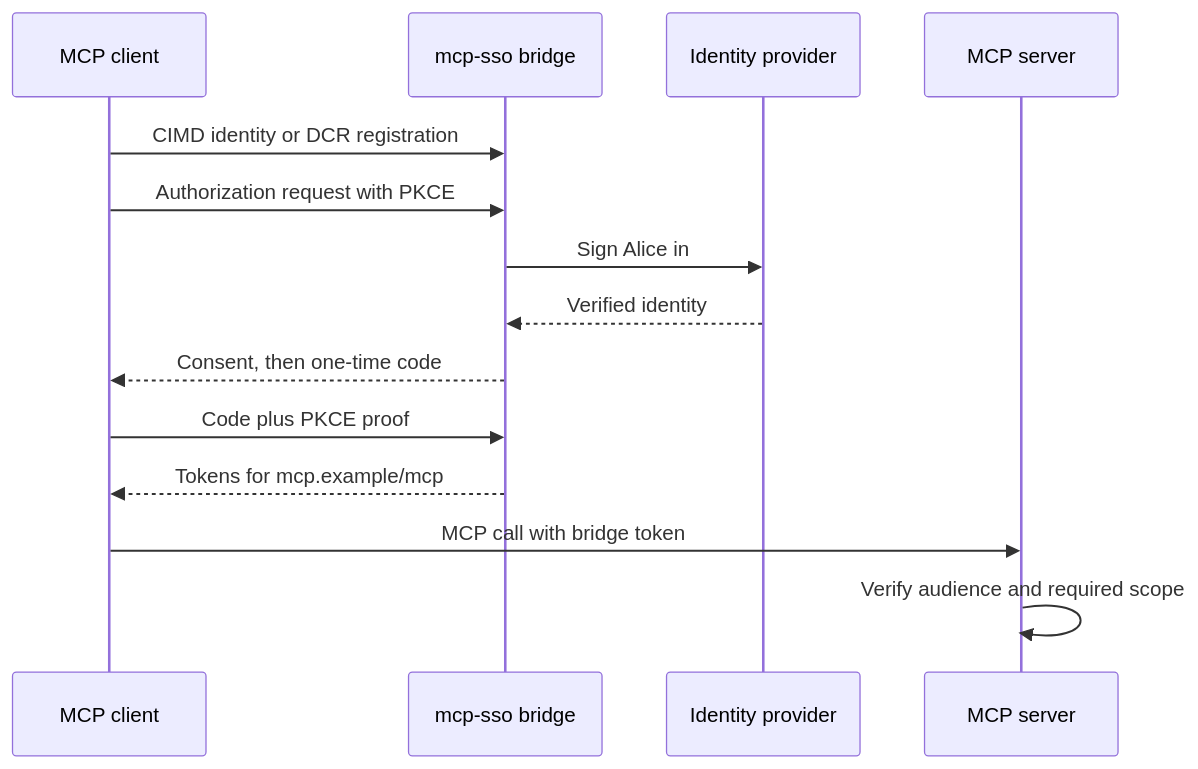
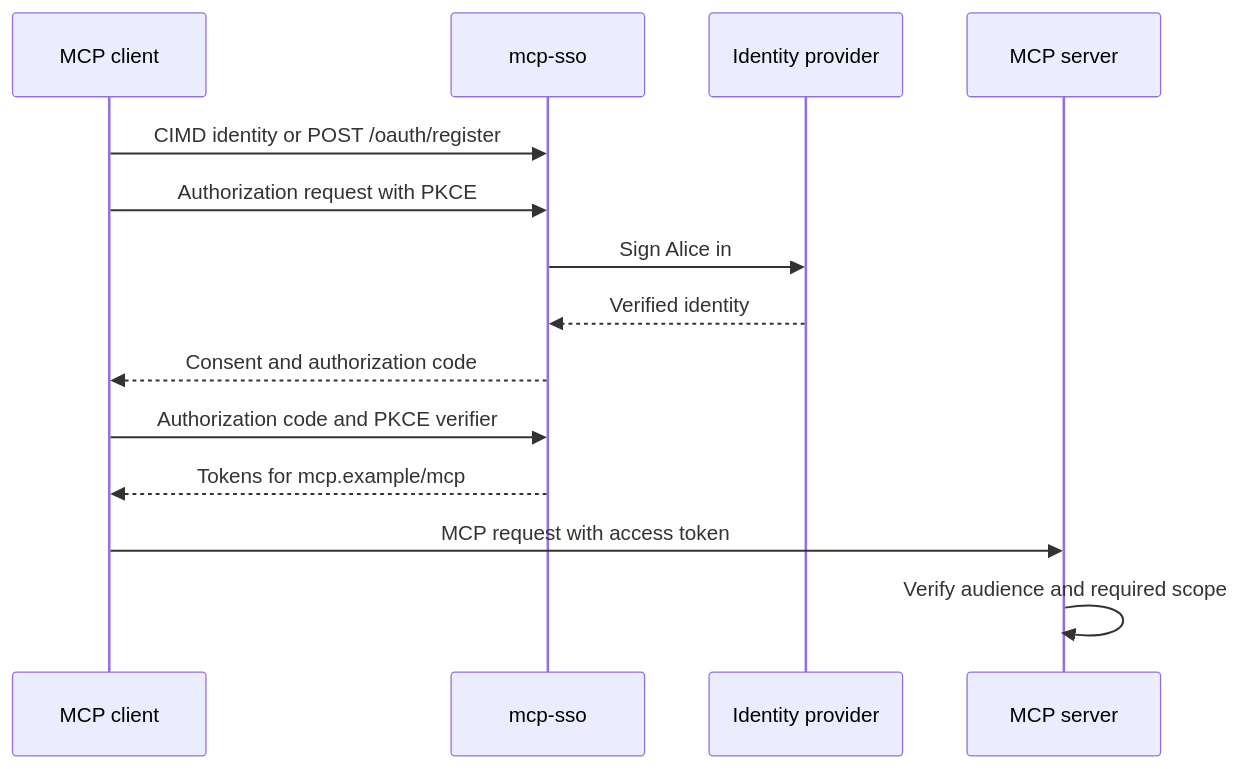
One commit to acartag7/mcp-sso changed the diagram in README.md. Above: the diagram before and after it, drawn with Mermaid. The commit also changed other lines of this file and 63 other files, not shown here.

````diff
--- a/README.md
+++ b/README.md
@@ -116,16 +28,16 @@
 ```mermaid
 sequenceDiagram
     participant C as MCP client
-    participant B as mcp-sso bridge
+    participant B as mcp-sso
     participant I as Identity provider
     participant S as MCP server
-    C->>B: CIMD identity or DCR registration
+    C->>B: CIMD identity or POST /oauth/register
     C->>B: Authorization request with PKCE
     B->>I: Sign Alice in
     I-->>B: Verified identity
-    B-->>C: Consent, then one-time code
-    C->>B: Code plus PKCE proof
+    B-->>C: Consent and authorization code
+    C->>B: Authorization code and PKCE verifier
     B-->>C: Tokens for mcp.example/mcp
-    C->>S: MCP call with bridge token
+    C->>S: MCP request with access token
     S->>S: Verify audience and required scope
 ```
````
